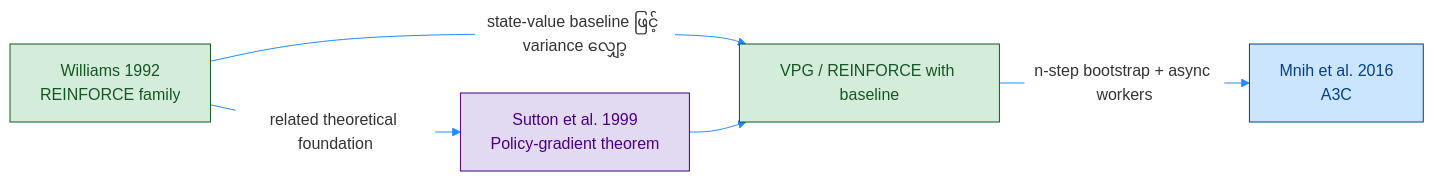
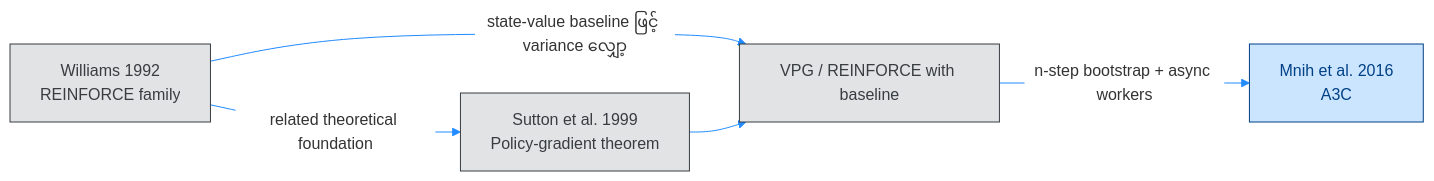
The fourth of 4 diagrams in Day81 RL python/02_Miguel Morales - Grokking Deep Reinforcement Learning/02_rl_with_dl/rom_photos/06_1_PB_REINFORCE.md (Open-Source-Robotics-For-Myanmar/rl), drawn with Mermaid before and after one commit. The commit also changed other lines of this file and 12 other files, not shown here.

````diff
--- a/Day81 RL python/02_Miguel Morales - Grokking Deep Reinforcement Learning/02_rl_with_dl/rom_photos/06_1_PB_REINFORCE.md
+++ b/Day81 RL python/02_Miguel Morales - Grokking Deep Reinforcement Learning/02_rl_with_dl/rom_photos/06_1_PB_REINFORCE.md
@@ -177,15 +201,14 @@
 ```mermaid
 %%{init: {'theme': 'base', 'themeVariables': { 'primaryColor': '#ffffff', 'lineColor': '#218bff'}}}%%
 flowchart LR
     W["Williams 1992<br/>REINFORCE family"] -->|"state-value baseline ဖြင့် variance လျှော့"| V["VPG / REINFORCE with baseline"]
     W -->|"related theoretical foundation"| S["Sutton et al. 1999<br/>Policy-gradient theorem"]
     S --> V
     V -->|"n-step bootstrap + async workers"| A["Mnih et al. 2016<br/>A3C"]
 
-    classDef policy fill:#d4edda,stroke:#155724,stroke-width:1px,color:#155724;
-    classDef theory fill:#e2d9f3,stroke:#4b0082,stroke-width:1px,color:#4b0082;
     classDef data fill:#cce5ff,stroke:#004085,stroke-width:1px,color:#004085;
-    class W,V policy;
-    class S theory;
+    classDef result fill:#e2e3e5,stroke:#383d41,stroke-width:1px,color:#383d41;
+
     class A data;
+    class W,V,S result;
 ```
````
